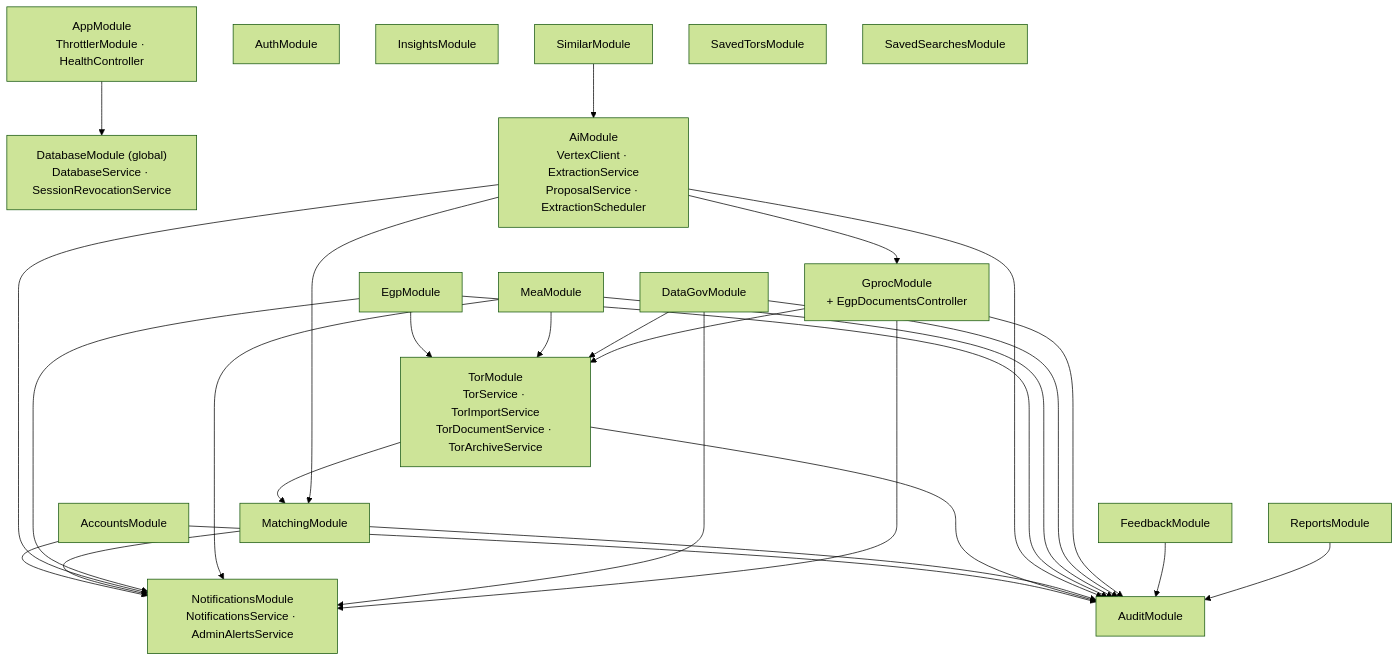
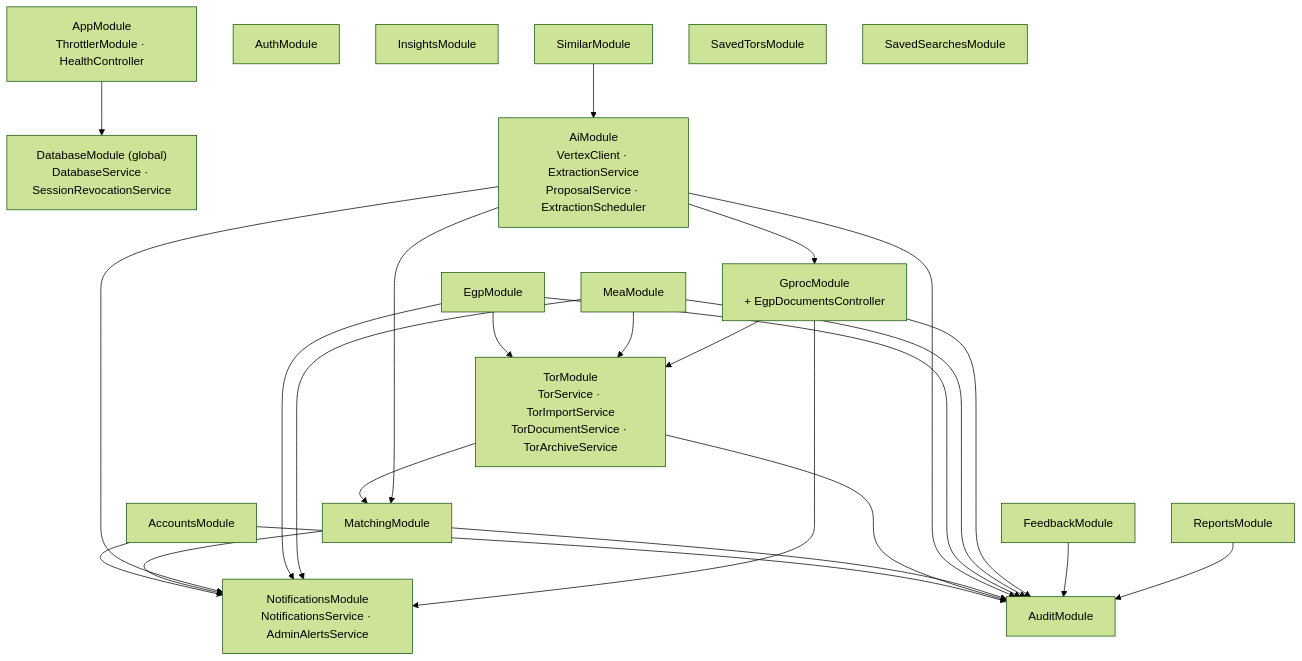
One commit to PhomMaiWai/TorFinder changed the second of 2 diagrams in docs/design/system-architecture.md. Above: the diagram before and after it, drawn with Mermaid (forest theme). The commit also changed other lines of this file and 40 other files, not shown here.

````diff
--- a/docs/design/system-architecture.md
+++ b/docs/design/system-architecture.md
@@ -93,36 +92,34 @@
 ```mermaid
 flowchart TB
     App["AppModule<br/>ThrottlerModule · HealthController"]
     DBM["DatabaseModule (global)<br/>DatabaseService · SessionRevocationService"]
 
     Auth["AuthModule"]
     Accounts["AccountsModule"]
     Tor["TorModule<br/>TorService · TorImportService<br/>TorDocumentService · TorArchiveService"]
     Matching["MatchingModule"]
     Ai["AiModule<br/>VertexClient · ExtractionService<br/>ProposalService · ExtractionScheduler"]
     Egp["EgpModule"]
     Mea["MeaModule"]
-    DataGov["DataGovModule"]
     Gproc["GprocModule<br/>+ EgpDocumentsController"]
     Feedback["FeedbackModule"]
     Reports["ReportsModule"]
     Insights["InsightsModule"]
     Similar["SimilarModule"]
     SavedTors["SavedTorsModule"]
     SavedSearches["SavedSearchesModule"]
     Notifications["NotificationsModule<br/>NotificationsService · AdminAlertsService"]
     Audit["AuditModule"]
 
     App --> DBM
     Accounts --> Notifications & Audit
     Tor --> Matching & Audit
     Matching --> Notifications & Audit
     Ai --> Gproc & Matching & Notifications & Audit
     Egp --> Tor & Notifications & Audit
     Mea --> Tor & Notifications & Audit
-    DataGov --> Tor & Notifications & Audit
     Gproc --> Tor & Notifications & Audit
     Feedback --> Audit
     Reports --> Audit
     Similar --> Ai
 ```
````
